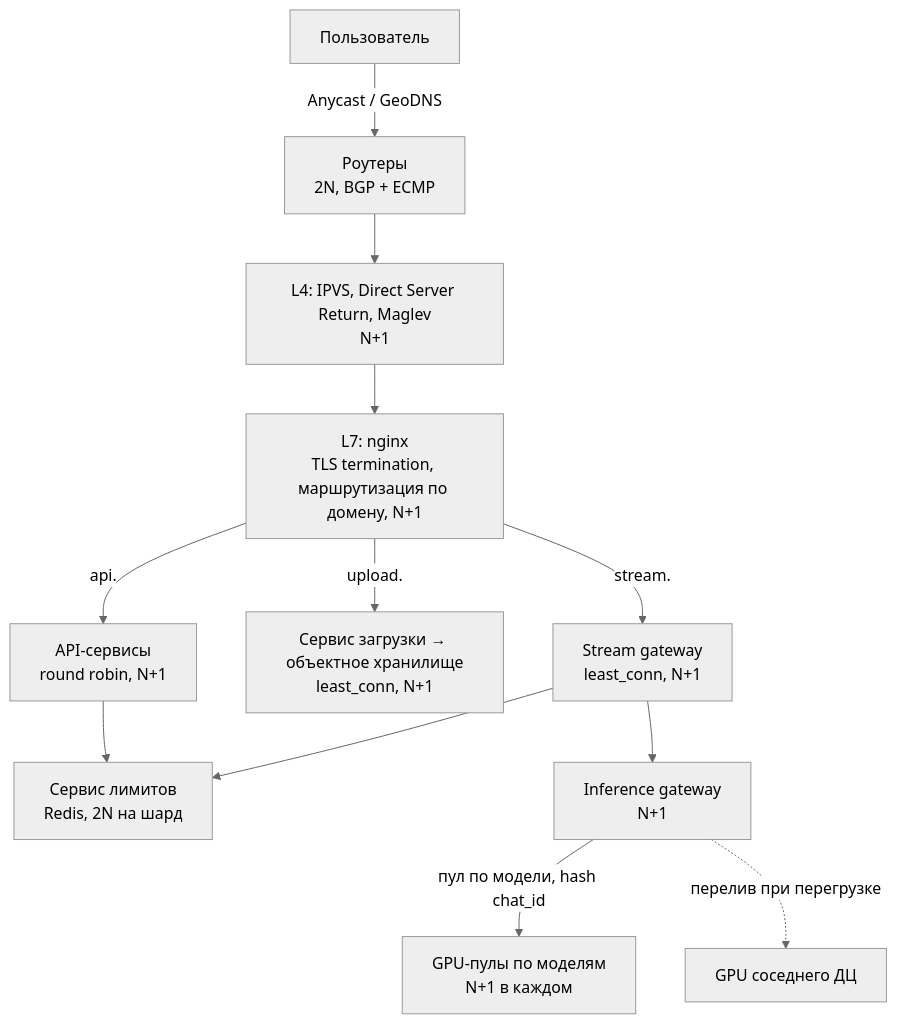
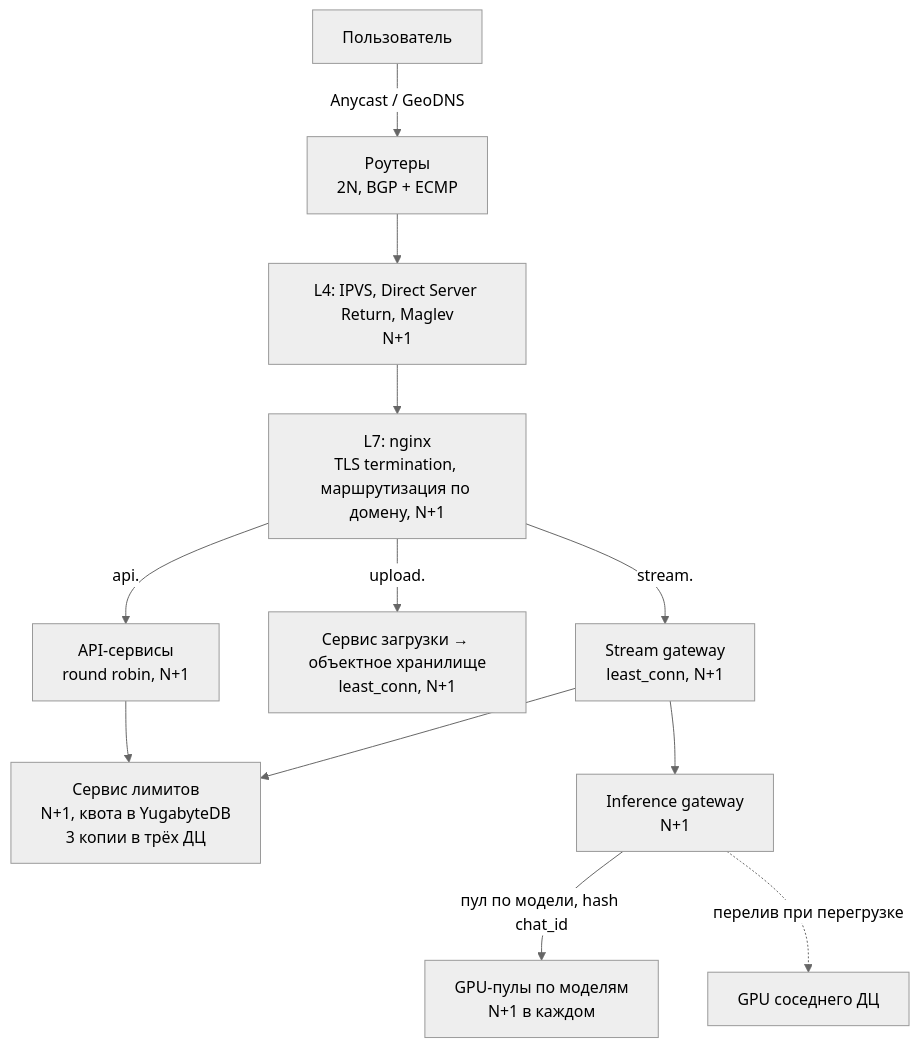
One commit to AlexeiSolomkin/highloadDZ2026 changed the second of 5 diagrams in README.md. Above: the diagram before and after it, drawn with Mermaid (neutral theme). The commit also changed other lines of this file, not shown here.

````diff
--- a/README.md
+++ b/README.md
@@ -200,14 +203,14 @@
 ```mermaid
 flowchart TB
     U[Пользователь] -->|Anycast / GeoDNS| R[Роутеры<br/>2N, BGP + ECMP]
     R --> L4[L4: IPVS, Direct Server Return, Maglev<br/>N+1]
     L4 --> L7[L7: nginx<br/>TLS termination, маршрутизация по домену, N+1]
     L7 -->|api.| API[API-сервисы<br/>round robin, N+1]
     L7 -->|upload.| UP[Сервис загрузки → объектное хранилище<br/>least_conn, N+1]
     L7 -->|stream.| SG[Stream gateway<br/>least_conn, N+1]
-    API --> LIM[Сервис лимитов<br/>Redis, 2N на шард]
+    API --> LIM[Сервис лимитов<br/>N+1, квота в YugabyteDB<br/>3 копии в трёх ДЦ]
     SG --> LIM
     SG --> IG[Inference gateway<br/>N+1]
     IG -->|пул по модели, hash chat_id| GPU[GPU-пулы по моделям<br/>N+1 в каждом]
     IG -.->|перелив при перегрузке| OTHER[GPU соседнего ДЦ]
 ```
````
